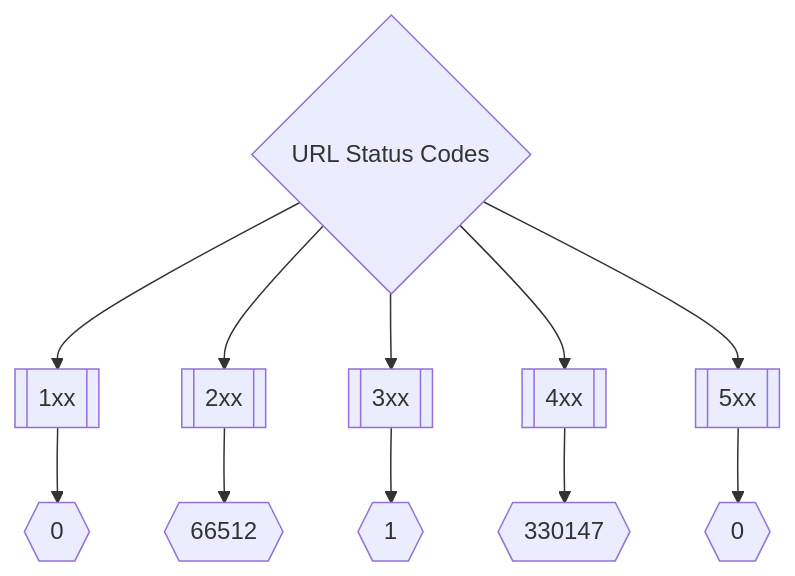
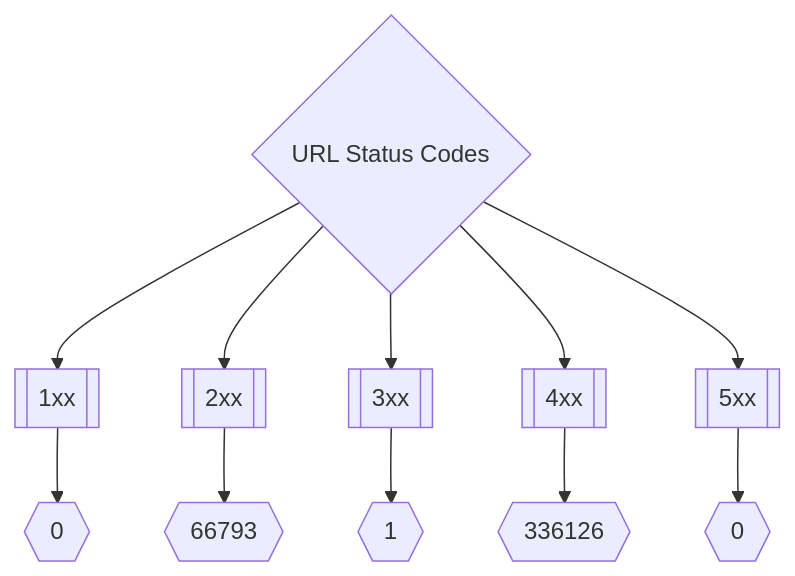
The second of 3 diagrams in README.md (trickest/inventory), drawn with Mermaid before and after one commit. The commit also changed other lines of this file, not shown here.

Commit message:
Update Mon Apr 25 02:00:08 UTC 2022

````diff
--- a/README.md
+++ b/README.md
@@ -173,8 +173,8 @@
 ```mermaid
 graph TD
 title{URL Status Codes} --> 1xx[[1xx]] --> status1xxNum{{0}}
-title --> 2xx[[2xx]] --> status2xxNum{{66512}}
+title --> 2xx[[2xx]] --> status2xxNum{{66793}}
 title --> 3xx[[3xx]] --> status3xxNum{{1}}
-title --> 4xx[[4xx]] --> status4xxNum{{330147}}
+title --> 4xx[[4xx]] --> status4xxNum{{336126}}
 title --> 5xx[[5xx]] --> status5xxNum{{0}}
 ```
````
